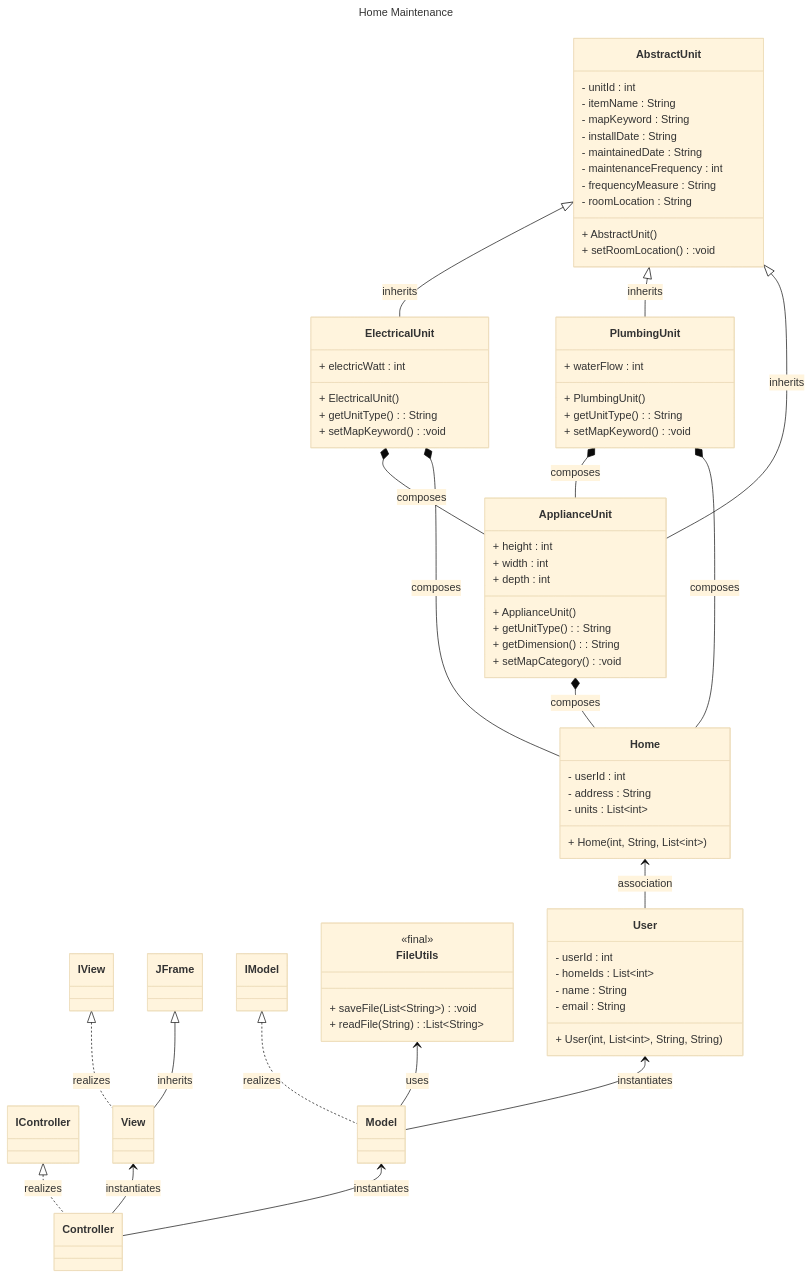
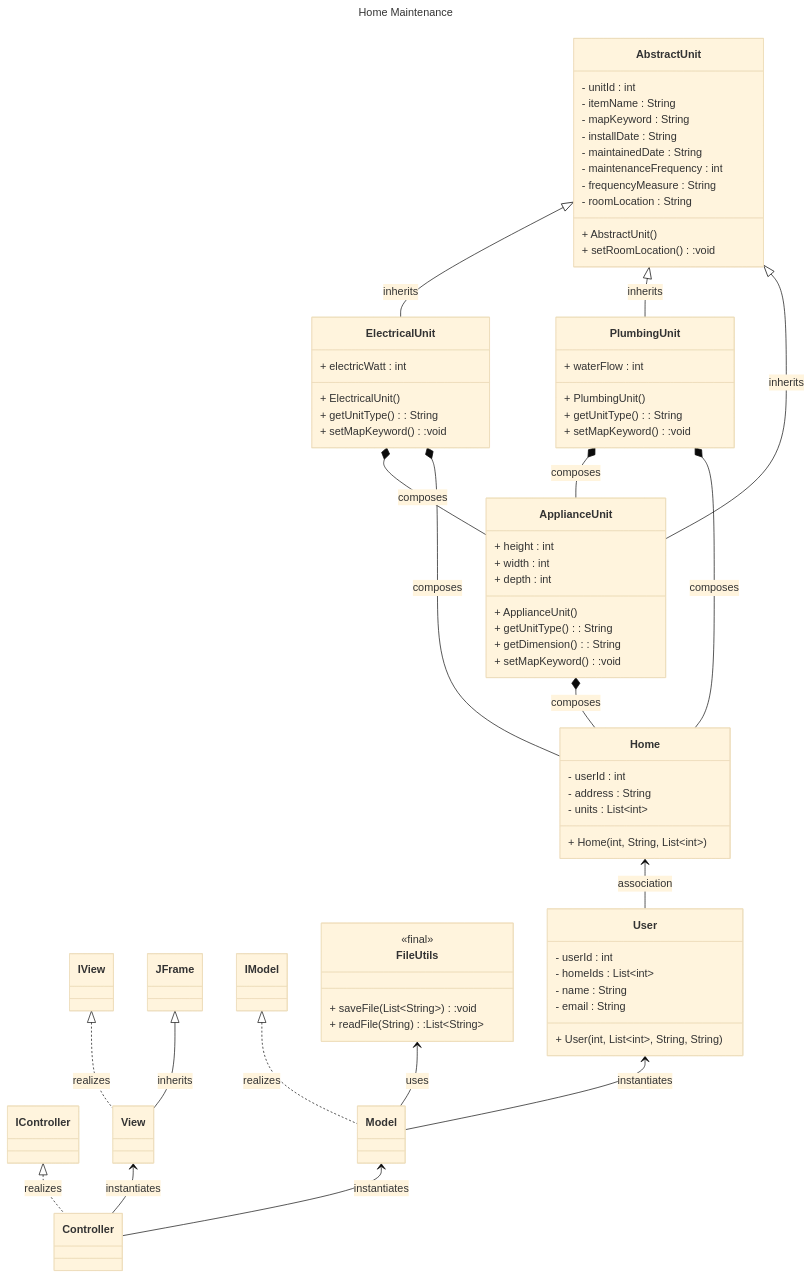
The diagram in DesignDocuments/DesignDocument.md (Sp25-CS5004-Online-Lionelle/final-project-group-4), drawn with Mermaid (base theme) before and after one commit.

Commit message:
deleted appstart branch

```diff
--- a/DesignDocuments/DesignDocument.md
+++ b/DesignDocuments/DesignDocument.md
@@ -71,7 +71,7 @@
         + ApplianceUnit()
         + getUnitType() : String
         + getDimension() : String
-        + setMapCategory():void
+        + setMapKeyword():void
     }
 
     class User {
```
